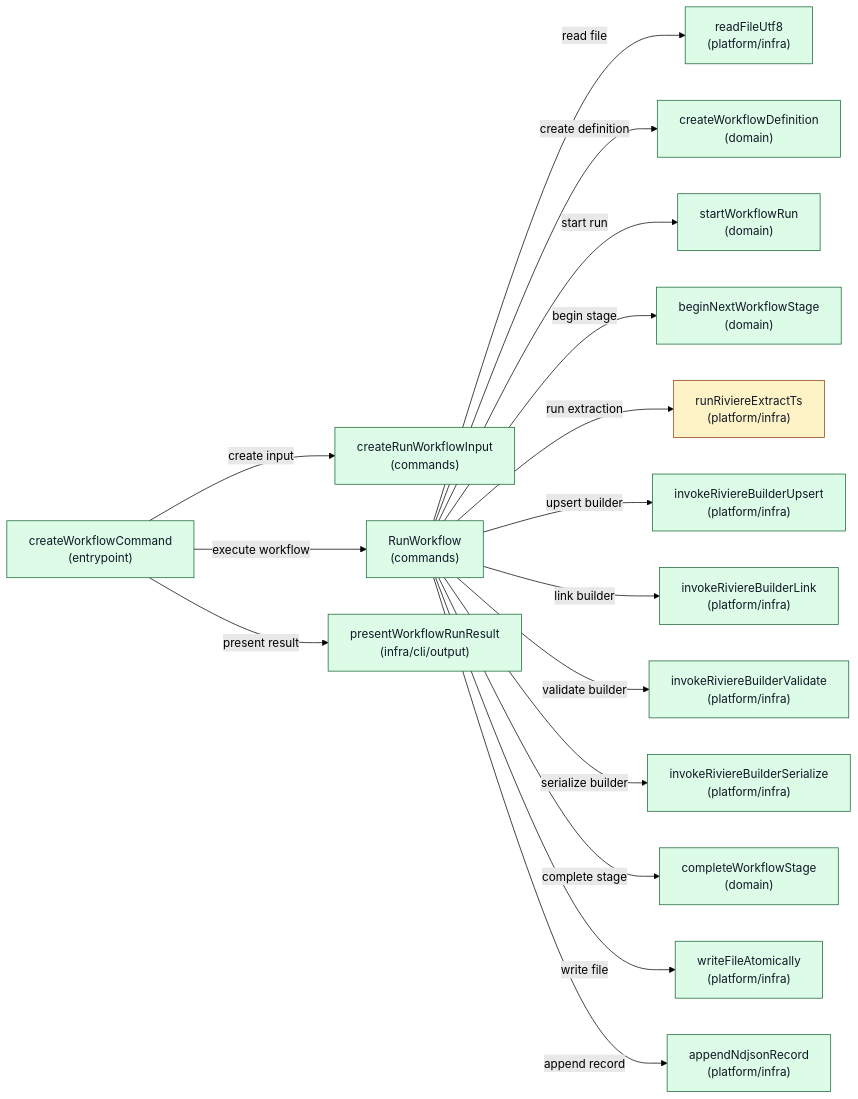
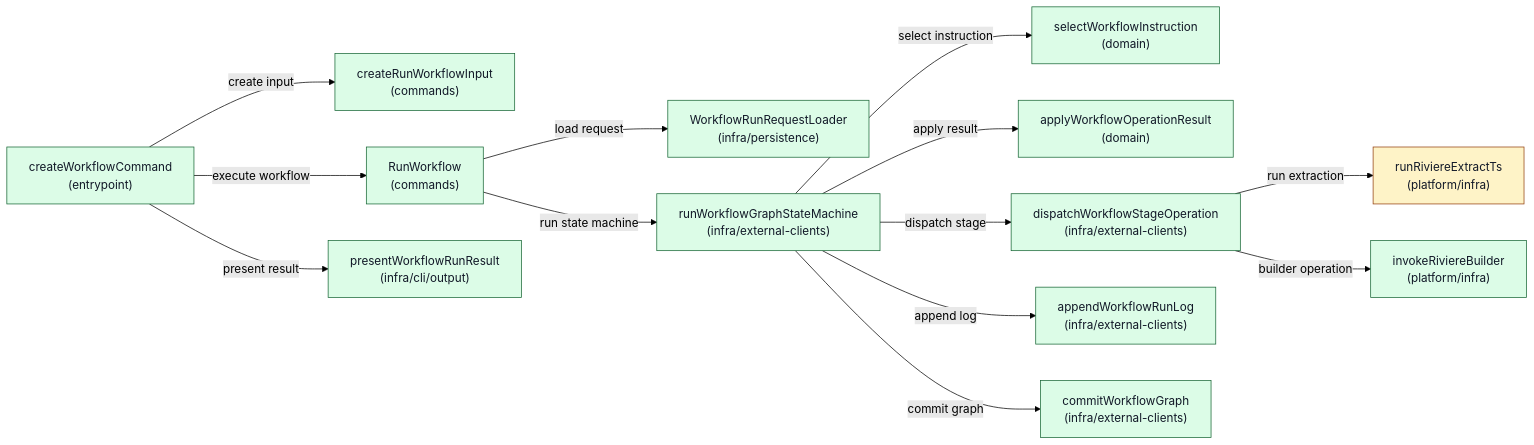
Before and after one commit to NTCoding/living-architecture: the sixth of 6 diagrams in docs/project/PRD/riviere-extraction-workflows-v1/ARCH.md, drawn with Mermaid (forest theme). The commit also changed other lines of this file and 4 other files, not shown here.

````diff
--- a/docs/project/PRD/riviere-extraction-workflows-v1/ARCH.md
+++ b/docs/project/PRD/riviere-extraction-workflows-v1/ARCH.md
@@ -458,54 +681,45 @@
 ```mermaid
 flowchart LR
   cli["createWorkflowCommand<br/>(entrypoint)"]
   inputFactory["createRunWorkflowInput<br/>(commands)"]
   useCase["RunWorkflow<br/>(commands)"]
-  readFile["readFileUtf8<br/>(platform/infra)"]
-  definition["createWorkflowDefinition<br/>(domain)"]
-  startRun["startWorkflowRun<br/>(domain)"]
-  beginStage["beginNextWorkflowStage<br/>(domain)"]
-  tsExtract["runRiviereExtractTs<br/>(platform/infra)"]
-  builderUpsert["invokeRiviereBuilderUpsert<br/>(platform/infra)"]
-  builderLink["invokeRiviereBuilderLink<br/>(platform/infra)"]
-  builderValidate["invokeRiviereBuilderValidate<br/>(platform/infra)"]
-  builderSerialize["invokeRiviereBuilderSerialize<br/>(platform/infra)"]
-  completeStage["completeWorkflowStage<br/>(domain)"]
-  writeFile["writeFileAtomically<br/>(platform/infra)"]
-  appendLog["appendNdjsonRecord<br/>(platform/infra)"]
+  requestLoader["WorkflowRunRequestLoader<br/>(infra/persistence)"]
+  runtimeDriver["runWorkflowGraphStateMachine<br/>(infra/external-clients)"]
+  stateMachine["selectWorkflowInstruction<br/>(domain)"]
+  transition["applyWorkflowOperationResult<br/>(domain)"]
+  dispatcher["dispatchWorkflowStageOperation<br/>(infra/external-clients)"]
+  extractClient["runRiviereExtractTs<br/>(platform/infra)"]
+  builderClient["invokeRiviereBuilder<br/>(platform/infra)"]
+  logSink["appendWorkflowRunLog<br/>(infra/external-clients)"]
+  graphCommit["commitWorkflowGraph<br/>(infra/external-clients)"]
   output["presentWorkflowRunResult<br/>(infra/cli/output)"]
   cli -->|create input| inputFactory
   cli -->|execute workflow| useCase
-  useCase -->|read file| readFile
-  useCase -->|create definition| definition
-  useCase -->|start run| startRun
-  useCase -->|begin stage| beginStage
-  useCase -->|run extraction| tsExtract
-  useCase -->|upsert builder| builderUpsert
-  useCase -->|link builder| builderLink
-  useCase -->|validate builder| builderValidate
-  useCase -->|serialize builder| builderSerialize
-  useCase -->|complete stage| completeStage
-  useCase -->|write file| writeFile
-  useCase -->|append record| appendLog
+  useCase -->|load request| requestLoader
+  useCase -->|run state machine| runtimeDriver
+  runtimeDriver -->|select instruction| stateMachine
+  runtimeDriver -->|dispatch stage| dispatcher
+  dispatcher -->|run extraction| extractClient
+  dispatcher -->|builder operation| builderClient
+  runtimeDriver -->|apply result| transition
+  runtimeDriver -->|append log| logSink
+  runtimeDriver -->|commit graph| graphCommit
   cli -->|present result| output
   classDef statusExisting fill:#e5e7eb,stroke:#374151,color:#111827
   classDef statusChanged fill:#fef3c7,stroke:#92400e,color:#111827
   classDef statusNew fill:#dcfce7,stroke:#166534,color:#111827
   classDef statusOpen fill:#fee2e2,stroke:#991b1b,color:#111827
   class cli statusNew
   class inputFactory statusNew
   class useCase statusNew
-  class readFile statusNew
-  class definition statusNew
-  class startRun statusNew
-  class beginStage statusNew
-  class tsExtract statusChanged
-  class builderUpsert statusNew
-  class builderLink statusNew
-  class builderValidate statusNew
-  class builderSerialize statusNew
-  class completeStage statusNew
-  class writeFile statusNew
-  class appendLog statusNew
+  class requestLoader statusNew
+  class runtimeDriver statusNew
+  class stateMachine statusNew
+  class transition statusNew
+  class dispatcher statusNew
+  class extractClient statusChanged
+  class builderClient statusNew
+  class logSink statusNew
+  class graphCommit statusNew
   class output statusNew
 ```
````
